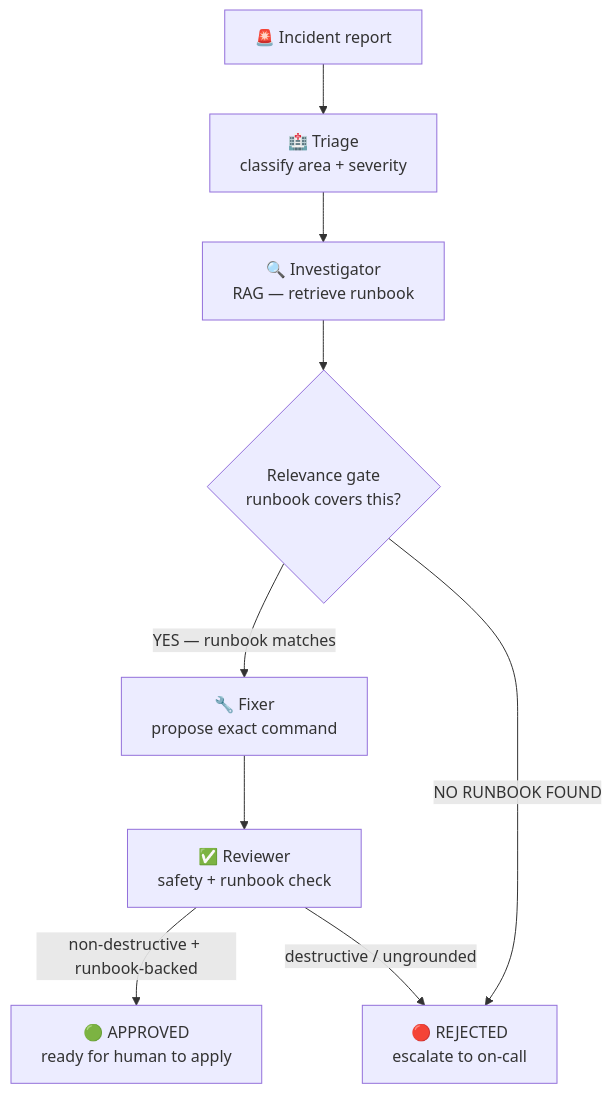
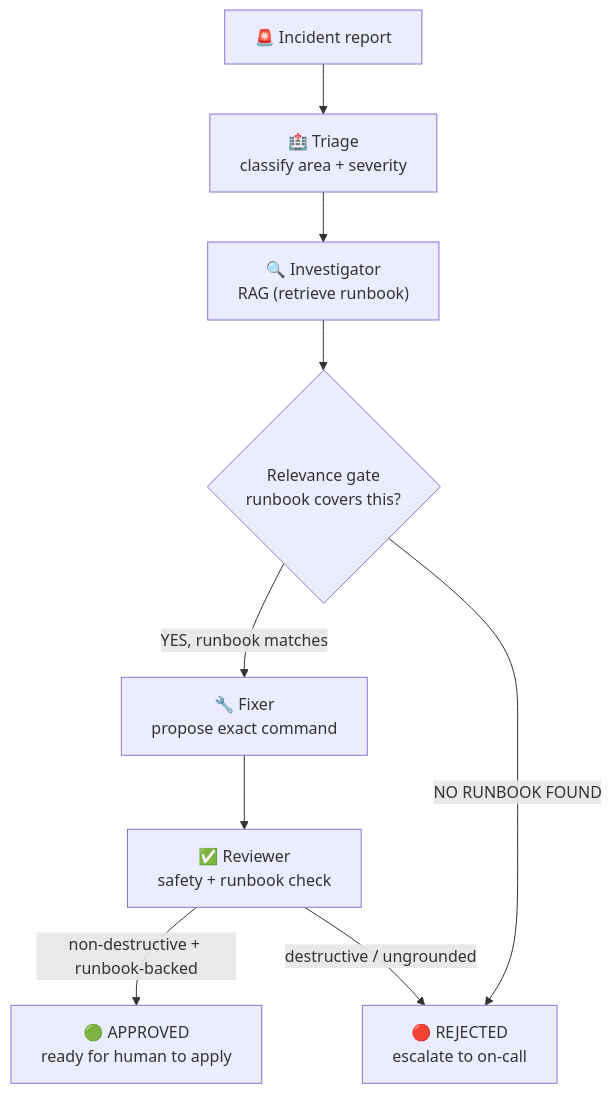
One commit to schoolofdevops/303-containerai changed the diagram in site/docs/m7-multi-agent/lesson.md. Above: the diagram before and after it, drawn with Mermaid. The commit also changed other lines of this file and 8 other files, not shown here.

````diff
--- a/site/docs/m7-multi-agent/lesson.md
+++ b/site/docs/m7-multi-agent/lesson.md
@@ -59,20 +59,20 @@
 ```mermaid
 flowchart TD
     INC["🚨 Incident report"]
     TRIAGE["🏥 Triage\nclassify area + severity"]
-    INVEST["🔍 Investigator\nRAG — retrieve runbook"]
+    INVEST["🔍 Investigator\nRAG (retrieve runbook)"]
     GATE{"Relevance gate\nrunbook covers this?"}
     FIXER["🔧 Fixer\npropose exact command"]
     REVIEWER["✅ Reviewer\nsafety + runbook check"]
     APPROVED["🟢 APPROVED\nready for human to apply"]
     ESCALATE["🔴 REJECTED\nescalate to on-call"]
 
     INC --> TRIAGE
     TRIAGE --> INVEST
     INVEST --> GATE
-    GATE -- "YES — runbook matches" --> FIXER
+    GATE -- "YES, runbook matches" --> FIXER
     GATE -- "NO RUNBOOK FOUND" --> ESCALATE
     FIXER --> REVIEWER
     REVIEWER -- "non-destructive + runbook-backed" --> APPROVED
     REVIEWER -- "destructive / ungrounded" --> ESCALATE
 ```
````
